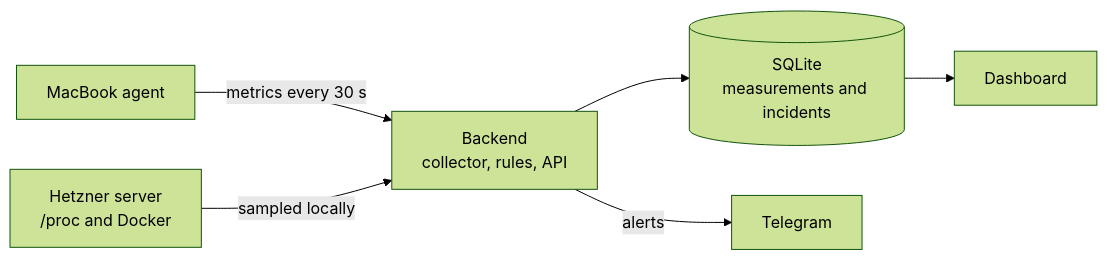
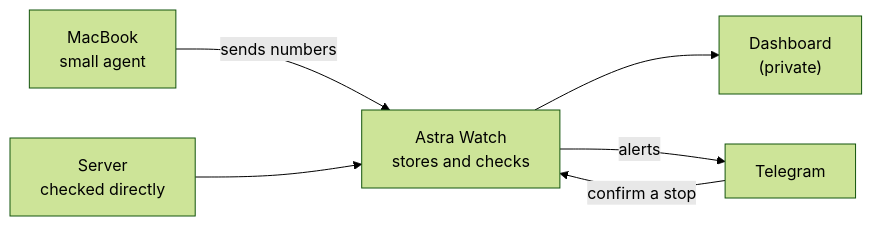
Before and after one commit to ShivaSai06/astra-watch: the diagram in README.md, drawn with Mermaid (forest theme). The commit also changed other lines of this file and 2 other files, not shown here.

Commit message:
Simplify README into a plain-language product page; isolate demo server from real config

````diff
--- a/README.md
+++ b/README.md
@@ -53,8 +52,8 @@
 ```mermaid
 flowchart LR
-    MAC["MacBook agent"] -- "metrics every 30 s" --> BE["Backend<br/>collector, rules, API"]
-    HZ["Hetzner server<br/>/proc and Docker"] -- "sampled locally" --> BE
-    BE --> DB[("SQLite<br/>measurements and incidents")]
-    DB --> UI["Dashboard"]
-    BE -- "alerts" --> TG["Telegram"]
+    Mac["MacBook<br/>small agent"] -->|"sends numbers"| Backend
+    Server["Server<br/>checked directly"] --> Backend
+    Backend["Astra Watch<br/>stores and checks"] --> Dash["Dashboard<br/>(private)"]
+    Backend -->|"alerts"| Phone["Telegram"]
+    Phone -->|"confirm a stop"| Backend
 ```
````
